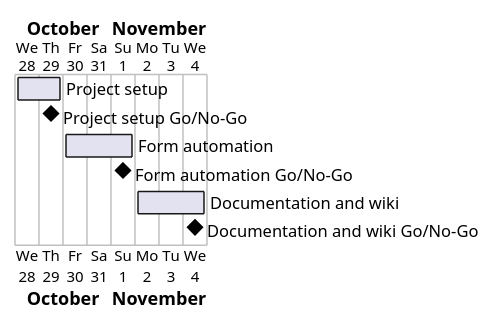
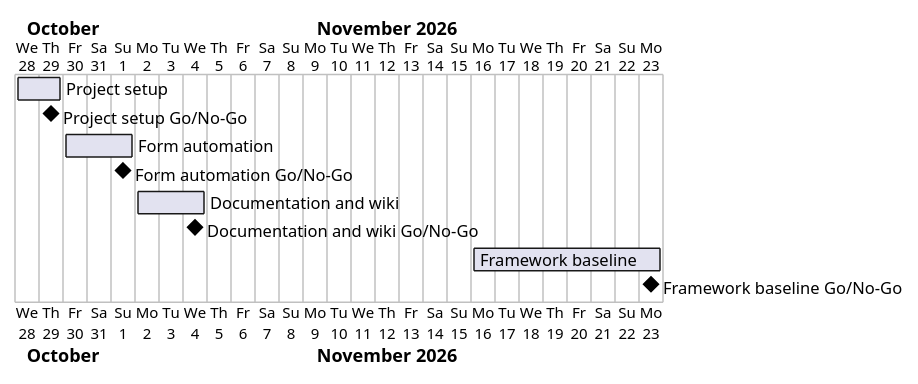
Before and after one commit to Tirsvad-Udemy-100-days-of-code/048-fill-out-form: the diagram in docs/project-plan.md, drawn with PlantUML. The commit also changed other lines of this file and 14 other files, not shown here.

First line of the commit message:
Bring the project to the framework baseline (MIL-004)

````diff
--- a/docs/project-plan.md
+++ b/docs/project-plan.md
@@ -36,11 +40,13 @@
 ```plantuml
 @startgantt
 Project starts 2026-10-28
 [Project setup] starts 2026-10-28 and ends 2026-10-29
 [Project setup Go/No-Go] happens 2026-10-29
 [Form automation] starts 2026-10-30 and ends 2026-11-01
 [Form automation Go/No-Go] happens 2026-11-01
 [Documentation and wiki] starts 2026-11-02 and ends 2026-11-04
 [Documentation and wiki Go/No-Go] happens 2026-11-04
+[Framework baseline] starts 2026-11-16 and ends 2026-11-23
+[Framework baseline Go/No-Go] happens 2026-11-23
 @endgantt
 ```
````
